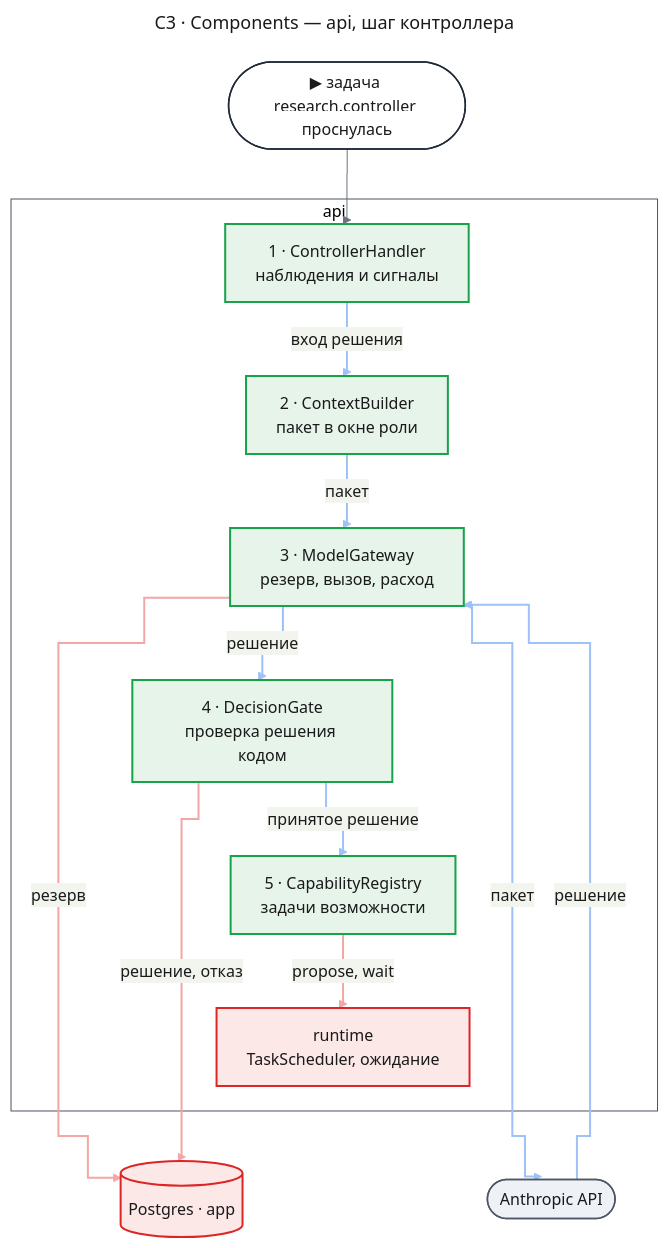
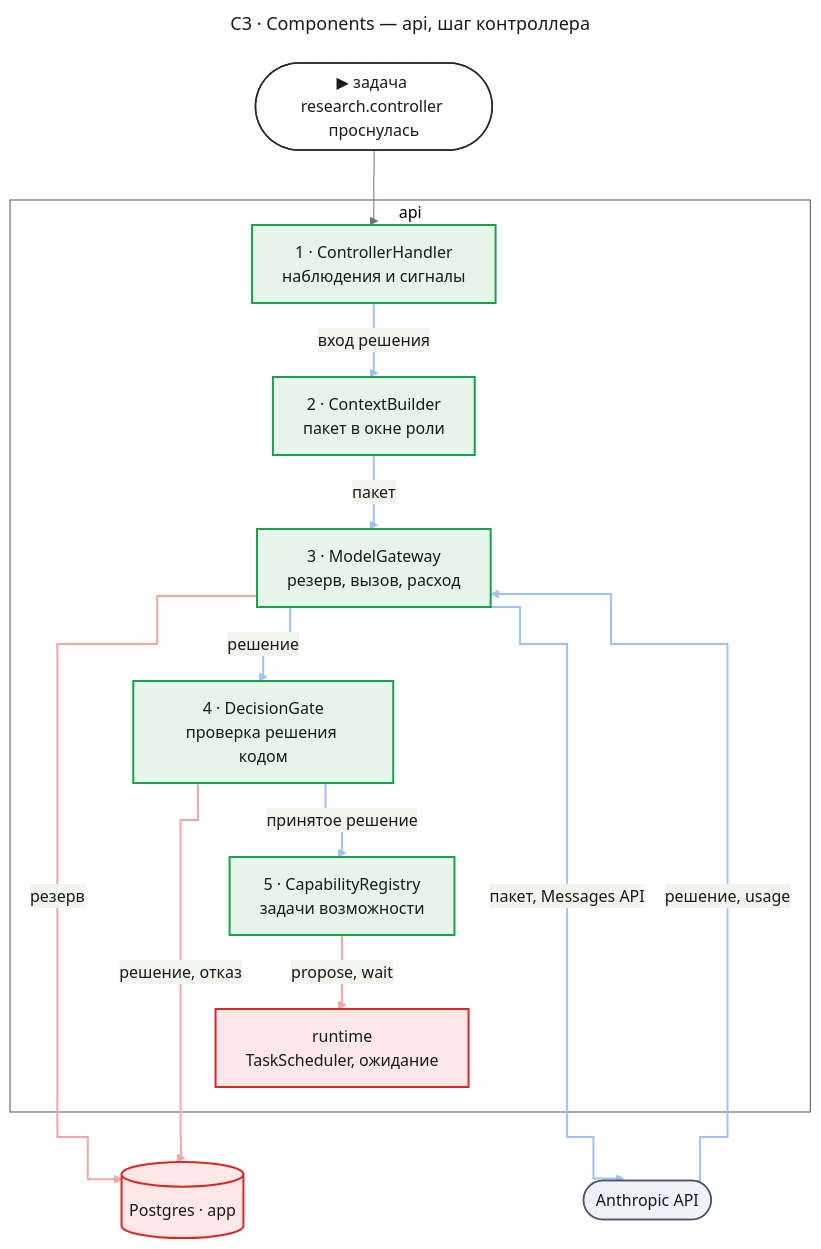
Before and after one commit to tundraray/agent-os: the second of 8 diagrams in docs/features/deep-research/design-engine.md, drawn with Mermaid. The commit also changed other lines of this file, not shown here.

````diff
--- a/docs/features/deep-research/design-engine.md
+++ b/docs/features/deep-research/design-engine.md
@@ -263,70 +273,70 @@
 ```mermaid
 ---
 title: "C3 · Components — api, шаг контроллера"
 config:
   theme: base
   look: classic
   themeVariables:
     primaryColor: "#eef1f5"
     primaryBorderColor: "#4b5563"
     primaryTextColor: "#1a1a1a"
     lineColor: "#6b7280"
   flowchart:
     curve: step
   themeCSS: |
     @keyframes lit_c3e{0%,10%{stroke:#991b1b;stroke-width:6px}11.1%,100%{stroke:#f4a5a5;stroke-width:2px}}
     @keyframes litr_c3e{0%,10%{stroke:#1d4ed8;stroke-width:6px}11.1%,100%{stroke:#9ec1f7;stroke-width:2px}}
 ---
 flowchart TB
     entry(["▶ задача research.controller проснулась"])
     subgraph api["api"]
         s1["1 · ControllerHandler<br/>наблюдения и сигналы"]
         s2["2 · ContextBuilder<br/>пакет в окне роли"]
         s3["3 · ModelGateway<br/>резерв, вызов, расход"]
         s4["4 · DecisionGate<br/>проверка решения кодом"]
         s5["5 · CapabilityRegistry<br/>задачи возможности"]
         rt["runtime<br/>TaskScheduler, ожидание"]
     end
     db[("Postgres · app")]
     llm(["Anthropic API"])
     entry --> s1
     s3 e1@-->|"резерв"| db
     s4 e2@-->|"решение, отказ"| db
     s5 e3@-->|"propose, wait"| rt
     s1 e4@-->|"вход решения"| s2
     s2 e5@-->|"пакет"| s3
-    s3 e6@-->|"пакет"| llm
-    llm e7@-->|"решение"| s3
+    s3 e6@-->|"пакет, Messages API"| llm
+    llm e7@-->|"решение, usage"| s3
     s3 e8@-->|"решение"| s4
     s4 e9@-->|"принятое решение"| s5
     rt ~~~ db
     rt ~~~ llm
     classDef entry fill:#ffffff,stroke:#1f2937,stroke-width:1.5px,color:#1a1a1a
     classDef new fill:#e6f4ea,stroke:#16a34a,stroke-width:2px,color:#1a1a1a
     classDef changed fill:#fde8e8,stroke:#dc2626,stroke-width:2px,color:#1a1a1a
     classDef unchanged fill:#eef1f5,stroke:#4b5563,stroke-width:1.5px,color:#1a1a1a
     classDef frame fill:none,stroke:#4b5563,stroke-width:1px
     class entry entry
     class s1,s2,s3,s4,s5 new
     class llm unchanged
     class rt,db changed
     class api frame
     classDef w1 stroke:#f4a5a5,stroke-width:2px,animation:lit_c3e 10.8s linear 0s infinite
     classDef w2 stroke:#f4a5a5,stroke-width:2px,animation:lit_c3e 10.8s linear 1.2s infinite
     classDef w3 stroke:#f4a5a5,stroke-width:2px,animation:lit_c3e 10.8s linear 2.4s infinite
     classDef r4 stroke:#9ec1f7,stroke-width:2px,animation:litr_c3e 10.8s linear 3.6s infinite
     classDef r5 stroke:#9ec1f7,stroke-width:2px,animation:litr_c3e 10.8s linear 4.8s infinite
     classDef r6 stroke:#9ec1f7,stroke-width:2px,animation:litr_c3e 10.8s linear 6s infinite
     classDef r7 stroke:#9ec1f7,stroke-width:2px,animation:litr_c3e 10.8s linear 7.2s infinite
     classDef r8 stroke:#9ec1f7,stroke-width:2px,animation:litr_c3e 10.8s linear 8.4s infinite
     classDef r9 stroke:#9ec1f7,stroke-width:2px,animation:litr_c3e 10.8s linear 9.6s infinite
     class e1 w1
     class e2 w2
     class e3 w3
     class e4 r4
     class e5 r5
     class e6 r6
     class e7 r7
     class e8 r8
     class e9 r9
 ```
````
